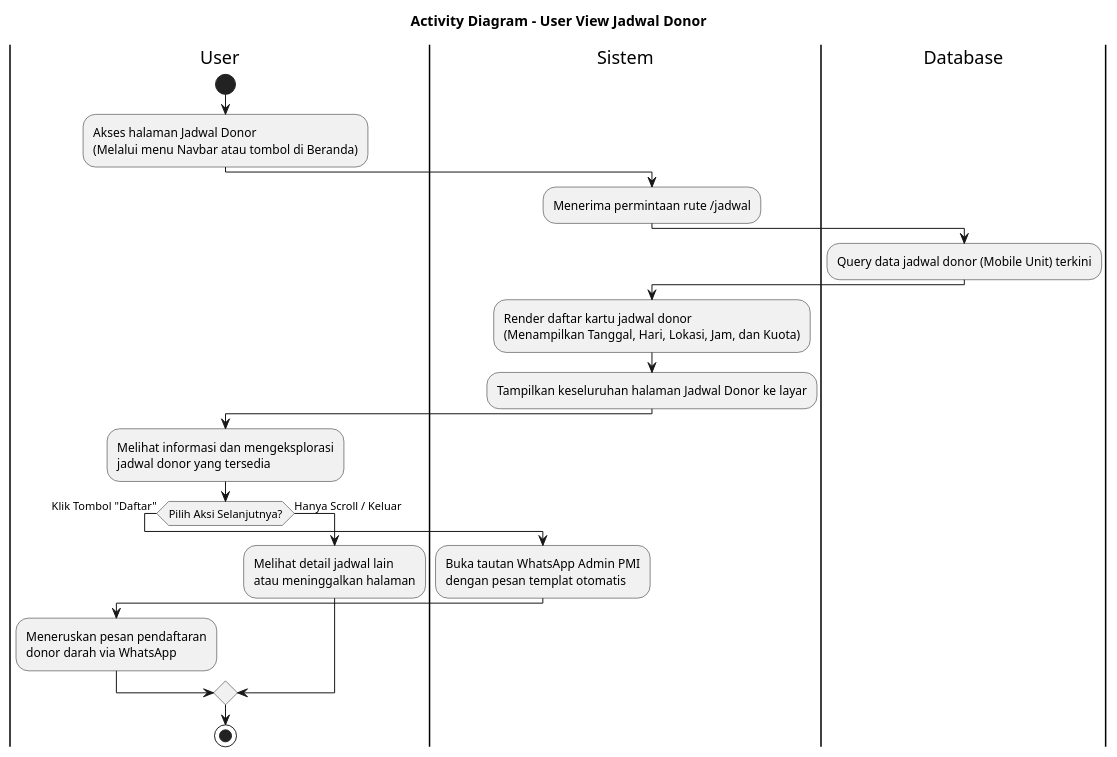
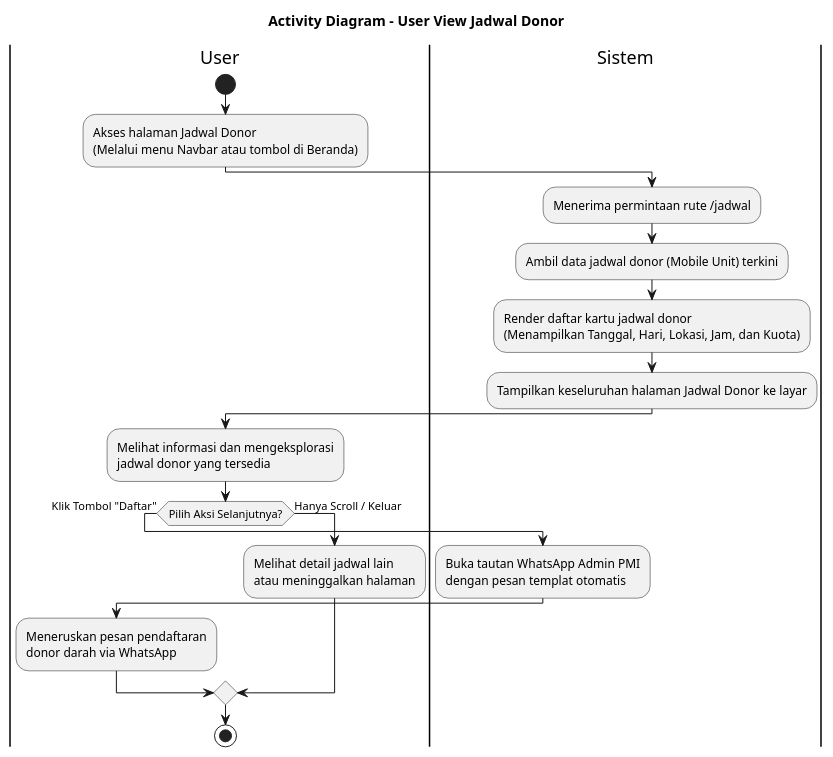
Before and after one commit to jaddu17/capstonepmikp: the diagram in diagram/activitydiagram_user_view_jadwal.puml, drawn with PlantUML. The commit also changed 49 other files, not shown here.

```diff
--- a/diagram/activitydiagram_user_view_jadwal.puml
+++ b/diagram/activitydiagram_user_view_jadwal.puml
@@ -1,34 +1,30 @@
 @startuml ACTIVITY_DIAGRAM_USER_VIEW_JADWAL
 title Activity Diagram - User View Jadwal Donor
 
 |User|
 start
 :Akses halaman Jadwal Donor\n(Melalui menu Navbar atau tombol di Beranda);
 
 |Sistem|
 :Menerima permintaan rute /jadwal;
-
-|Database|
-:Query data jadwal donor (Mobile Unit) terkini;
-
-|Sistem|
+:Ambil data jadwal donor (Mobile Unit) terkini;
 :Render daftar kartu jadwal donor\n(Menampilkan Tanggal, Hari, Lokasi, Jam, dan Kuota);
 :Tampilkan keseluruhan halaman Jadwal Donor ke layar;
 
 |User|
 :Melihat informasi dan mengeksplorasi\njadwal donor yang tersedia;
 
 if (Pilih Aksi Selanjutnya?) then (Klik Tombol "Daftar")
   |Sistem|
   :Buka tautan WhatsApp Admin PMI\ndengan pesan templat otomatis;
   |User|
   :Meneruskan pesan pendaftaran\ndonor darah via WhatsApp;
 else (Hanya Scroll / Keluar)
   |User|
   :Melihat detail jadwal lain\natau meninggalkan halaman;
 endif
 
 |User|
 stop
 
 @enduml
```
